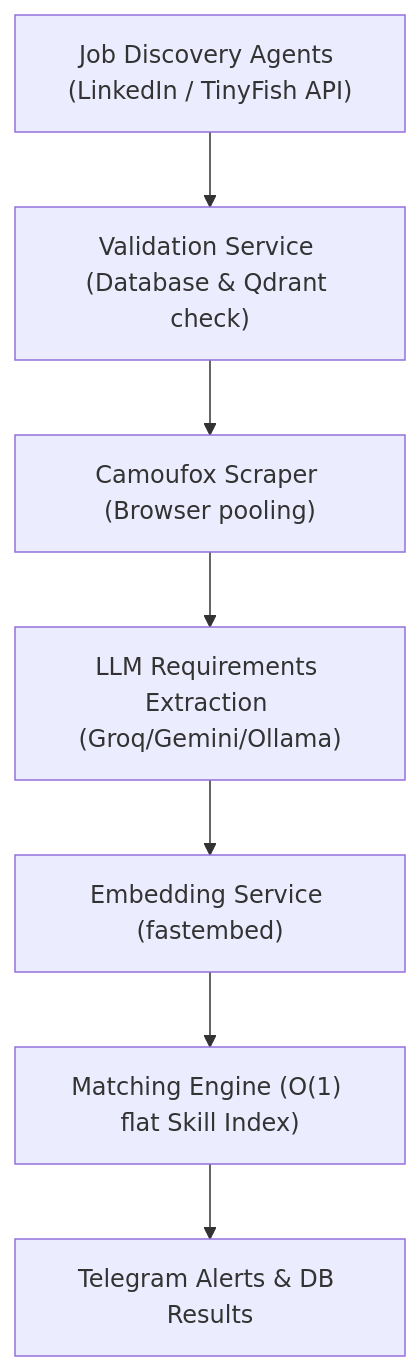
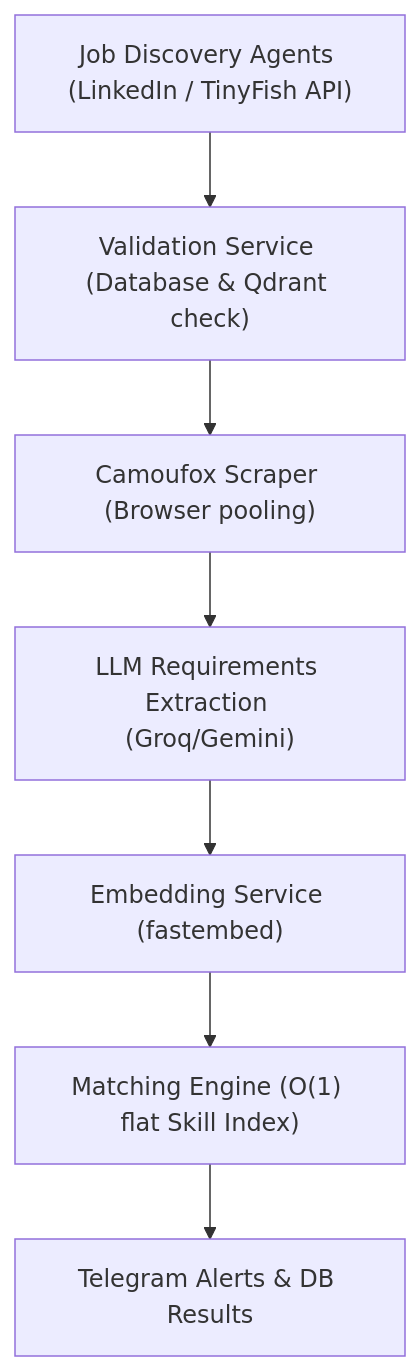
Before and after one commit to supersparton/CareerAtlas: the diagram in wiki/overview.md, drawn with Mermaid. The commit also changed 5 other files, not shown here.

````diff
--- a/wiki/overview.md
+++ b/wiki/overview.md
@@ -36,9 +36,9 @@
 ```mermaid
 flowchart TD
     A["Job Discovery Agents (LinkedIn / TinyFish API)"] --> B["Validation Service (Database & Qdrant check)"]
     B --> C["Camoufox Scraper (Browser pooling)"]
-    C --> D["LLM Requirements Extraction (Groq/Gemini/Ollama)"]
+    C --> D["LLM Requirements Extraction (Groq/Gemini)"]
     D --> E["Embedding Service (fastembed)"]
     E --> F["Matching Engine (O(1) flat Skill Index)"]
     F --> G["Telegram Alerts & DB Results"]
 ```
````
